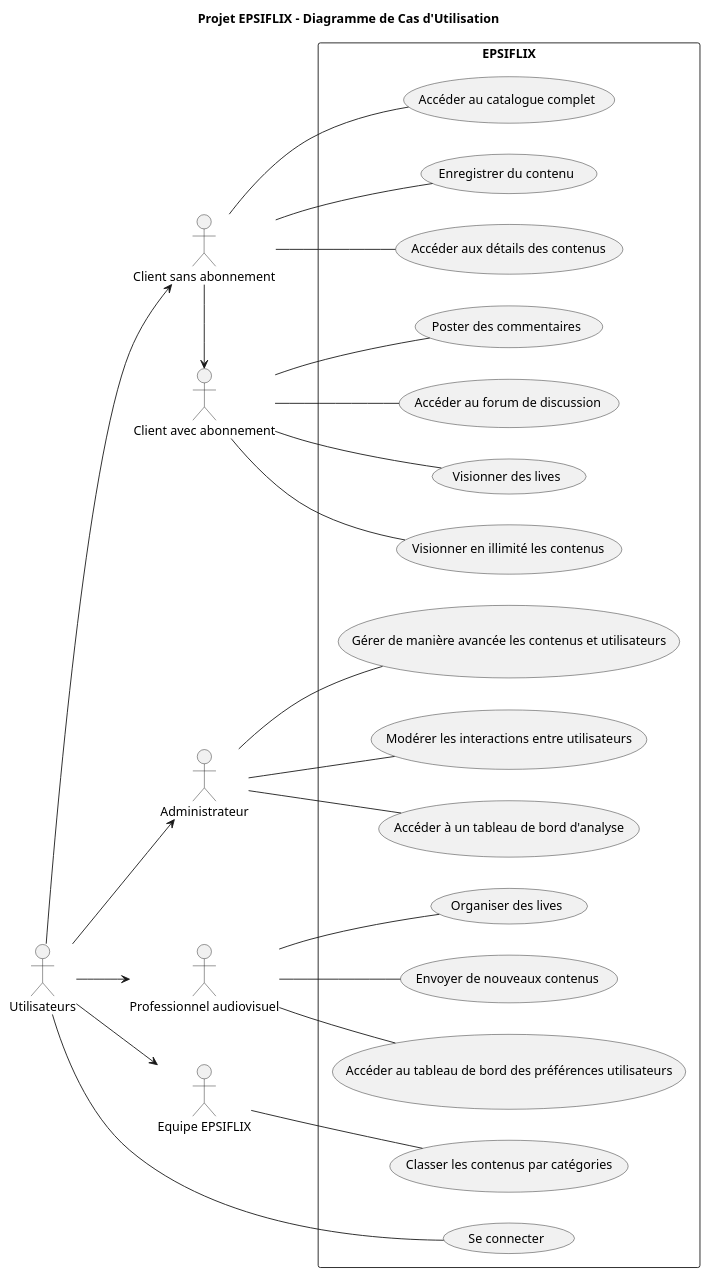
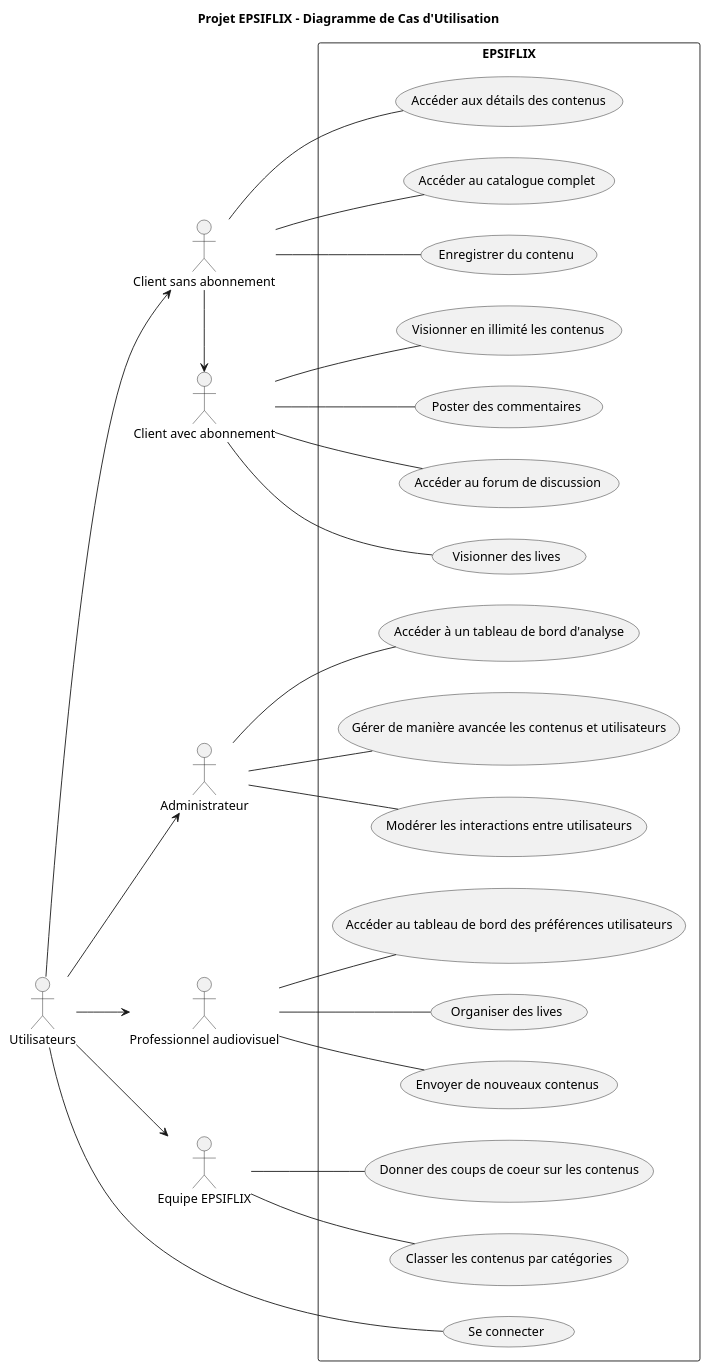
Before and after one commit to the-ark-of-noah/architecture-applicative-2024: the diagram in diagrams/use_cases.puml, drawn with PlantUML. The commit also changed 1 other file, not shown here.

Commit message:
Add coup de coeur

```diff
--- a/diagrams/use_cases.puml
+++ b/diagrams/use_cases.puml
@@ -1,53 +1,55 @@
 @startuml
 left to right direction
 
 title Projet EPSIFLIX - Diagramme de Cas d'Utilisation
 
 actor Administrateur as Admin
 actor "Client sans abonnement" as ClientSansAbonnement
 actor "Client avec abonnement" as ClientAvecAbonnement
 actor "Professionnel audiovisuel" as ProfessionnelAudiovisuel
 actor "Equipe EPSIFLIX" as EquipeEPSIFLIX
 actor Utilisateurs as Utilisateurs
 
 rectangle EPSIFLIX {
     (Se connecter) as (Connexion)
     (Accéder au catalogue complet) as (Catalogue)
     (Enregistrer du contenu) as (Enregistrement)
     (Accéder aux détails des contenus) as (Détails)
     (Visionner en illimité les contenus) as (VisionnageIllimité)
     (Poster des commentaires) as (Commentaires)
     (Accéder au forum de discussion) as (Forum)
     (Accéder au tableau de bord des préférences utilisateurs) as (TableauDeBord)
     (Organiser des lives) as (Lives)
     (Visionner des lives) as (VisionnageLives)
     (Gérer de manière avancée les contenus et utilisateurs) as (GestionAvancée)
     (Modérer les interactions entre utilisateurs) as (Modération)
     (Accéder à un tableau de bord d'analyse) as (TableauDeBordAnalyse)
     (Classer les contenus par catégories) as (Classement)
     (Envoyer de nouveaux contenus) as (EnvoiContenus)
+    (Donner des coups de coeur sur les contenus) as (CoupDeCoeur)
 }
 
 ClientSansAbonnement -> ClientAvecAbonnement
 Utilisateurs --> ClientSansAbonnement
 Utilisateurs --> ProfessionnelAudiovisuel
 Utilisateurs --> Admin
 Utilisateurs --> EquipeEPSIFLIX
 
 Utilisateurs -- (Connexion)
 ClientSansAbonnement -- (Catalogue)
 ClientSansAbonnement -- (Enregistrement)
 ClientSansAbonnement -- (Détails)
 ClientAvecAbonnement -- (VisionnageIllimité)
 ClientAvecAbonnement -- (Commentaires)
 ClientAvecAbonnement -- (Forum)
 ClientAvecAbonnement -- (VisionnageLives)
 ProfessionnelAudiovisuel -- (TableauDeBord)
 ProfessionnelAudiovisuel -- (Lives)
 ProfessionnelAudiovisuel -- (EnvoiContenus)
 Admin -- (GestionAvancée)
 Admin -- (Modération)
 Admin -- (TableauDeBordAnalyse)
 EquipeEPSIFLIX -- (Classement)
+EquipeEPSIFLIX -- (CoupDeCoeur)
 
 @enduml
```
